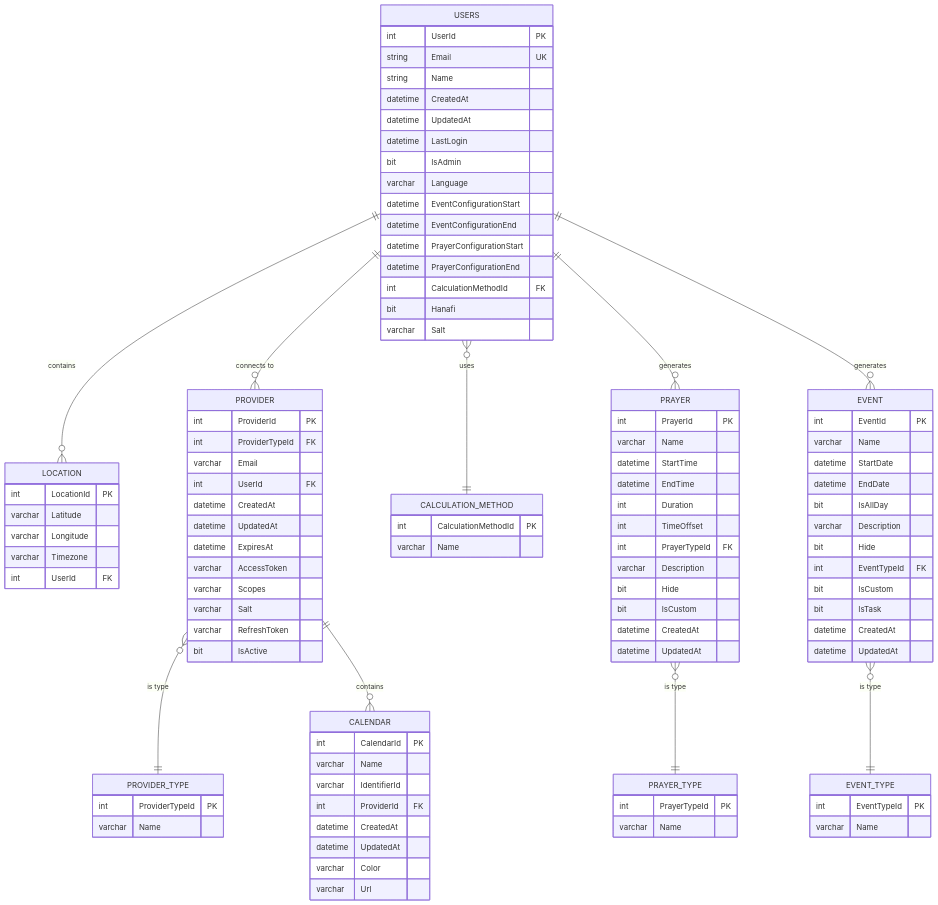
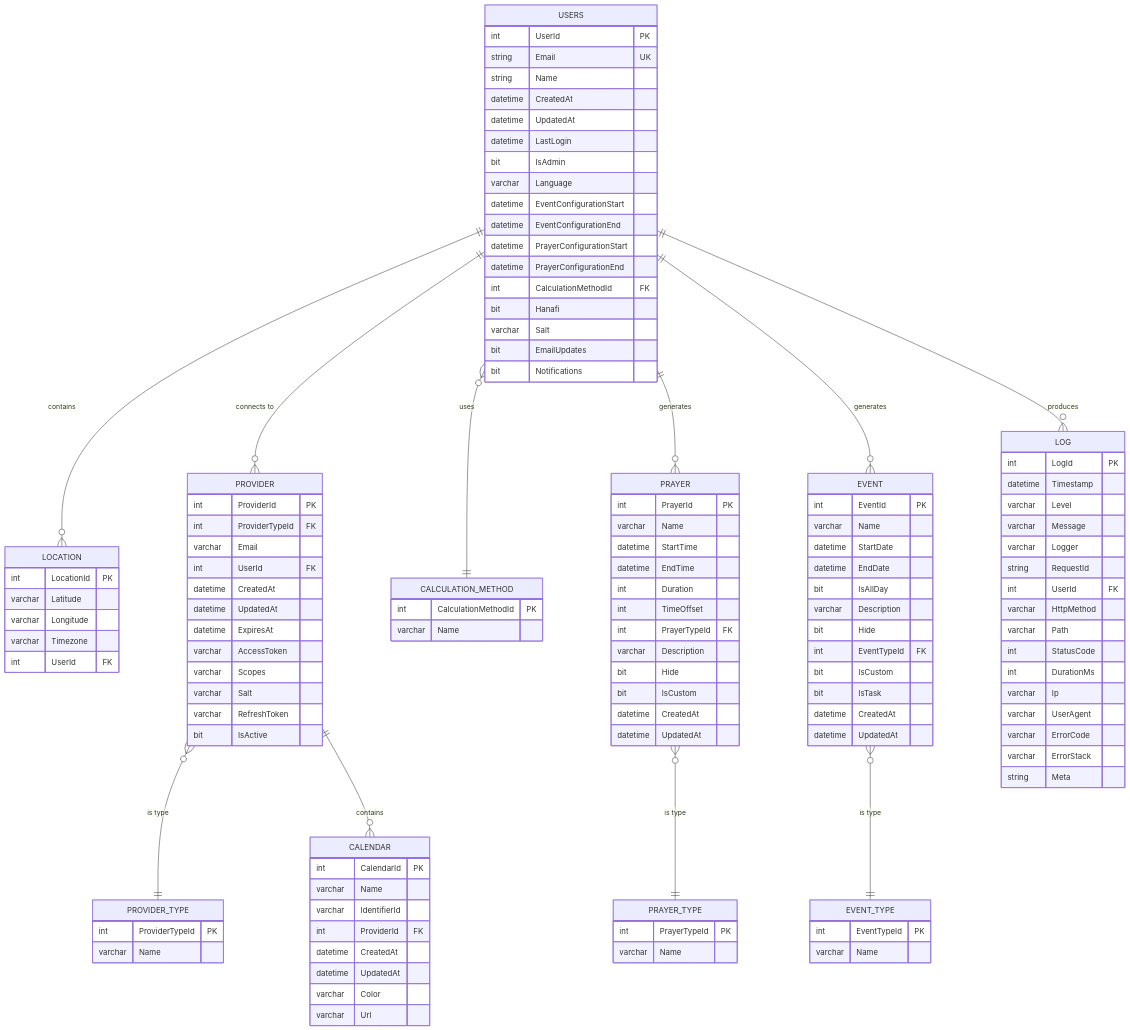
Before and after one commit to mdw223/Islamic-Calendar-Sync: the diagram in _wiki/entity_overview_and_design.md, drawn with Mermaid. The commit also changed other lines of this file and 9 other files, not shown here.

````diff
--- a/_wiki/entity_overview_and_design.md
+++ b/_wiki/entity_overview_and_design.md
@@ -83,6 +87,8 @@
         int CalculationMethodId FK
         bit Hanafi
         varchar Salt
+        bit EmailUpdates
+        bit Notifications
     }
 
     LOCATION {
@@ -169,6 +175,25 @@
         varchar Name
     }
 
+    LOG {
+        int LogId PK
+        datetime Timestamp
+        varchar Level
+        varchar Message
+        varchar Logger
+        string RequestId
+        int UserId FK
+        varchar HttpMethod
+        varchar Path
+        int StatusCode
+        int DurationMs
+        varchar Ip
+        varchar UserAgent
+        varchar ErrorCode
+        varchar ErrorStack
+        string Meta
+    }
+
     USERS ||--o{ PROVIDER : "connects to"
     USERS ||--o{ LOCATION : "contains"
     PROVIDER }o--|| PROVIDER_TYPE : "is type"
@@ -178,4 +203,5 @@
     PRAYER }o--|| PRAYER_TYPE : "is type"
     USERS ||--o{ EVENT : "generates"
     EVENT }o--|| EVENT_TYPE : "is type"
+    USERS ||--o{ LOG : "produces"
 ```
````
